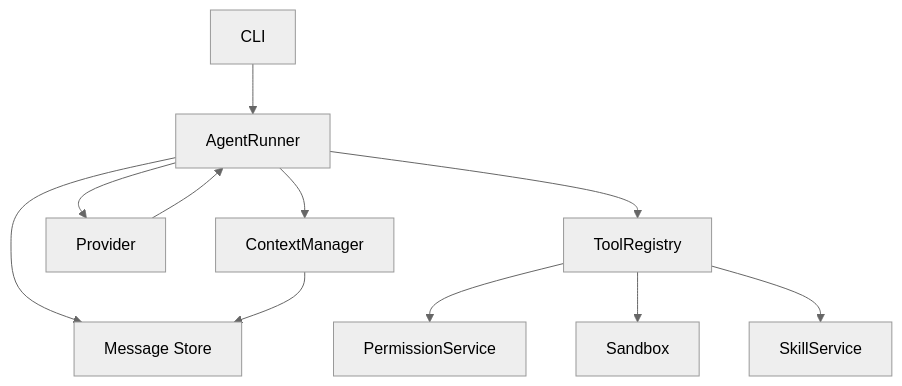
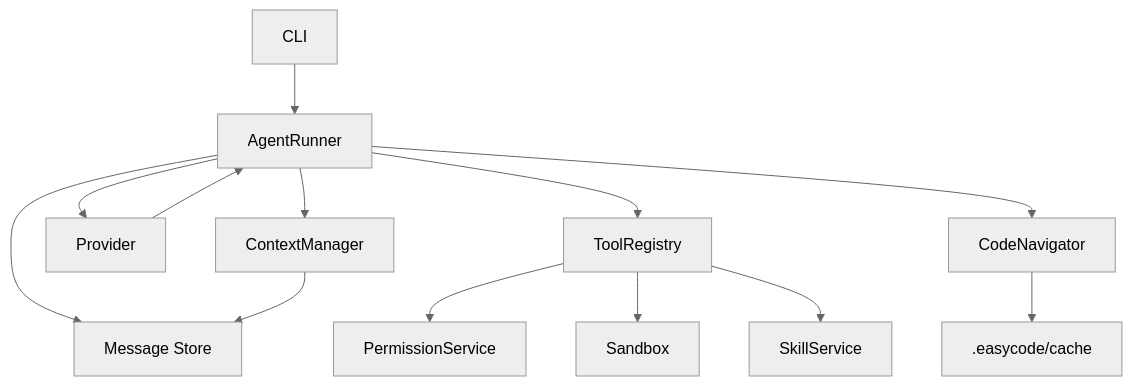
Before and after one commit to jay-cheung/easycode: the diagram in specs/001-architecture.md, drawn with Mermaid (neutral theme). The commit also changed other lines of this file and 12 other files, not shown here.

Commit message:
Add code index navigation cache

````diff
--- a/specs/001-architecture.md
+++ b/specs/001-architecture.md
@@ -24,13 +25,15 @@
 ```mermaid
 flowchart TD
   CLI[CLI] --> Agent[AgentRunner]
   Agent --> Context[ContextManager]
   Agent --> Provider[Provider]
   Provider --> Agent
   Agent --> Registry[ToolRegistry]
+  Agent --> CodeNav[CodeNavigator]
+  CodeNav --> Cache[.easycode/cache]
   Registry --> Permission[PermissionService]
   Registry --> Sandbox[Sandbox]
   Registry --> Skill[SkillService]
   Agent --> Message[Message Store]
   Context --> Message
 ```
````
